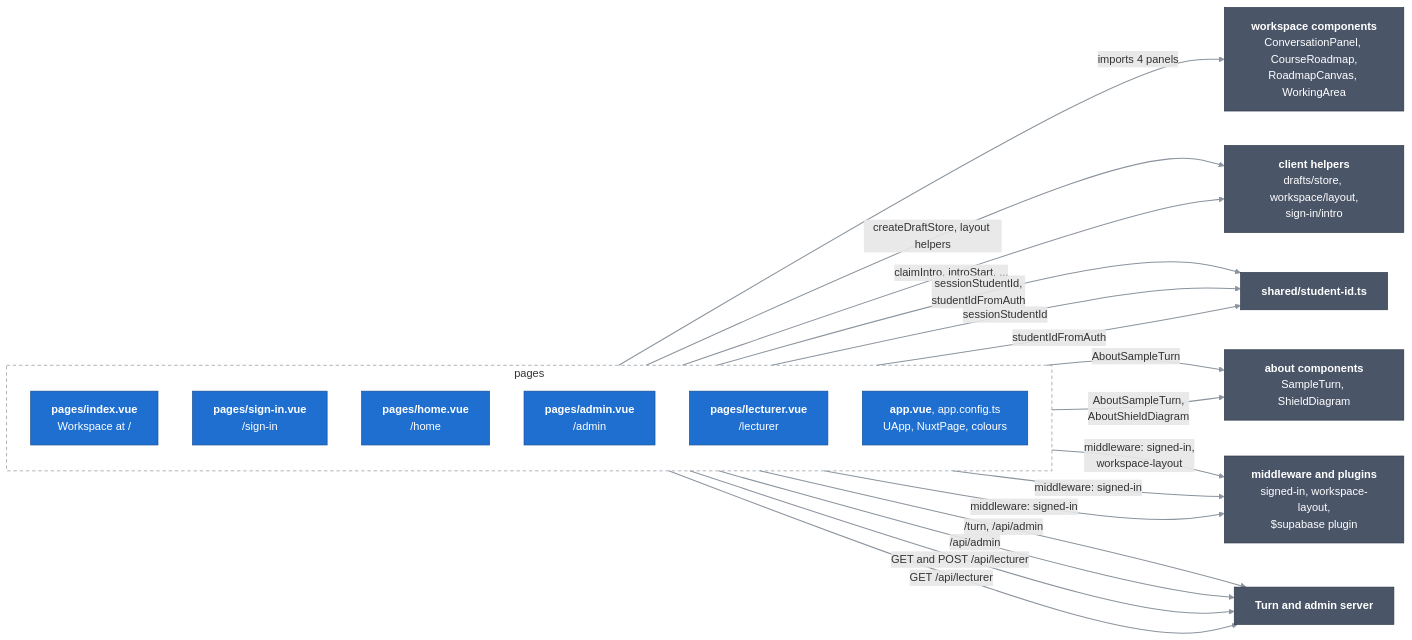
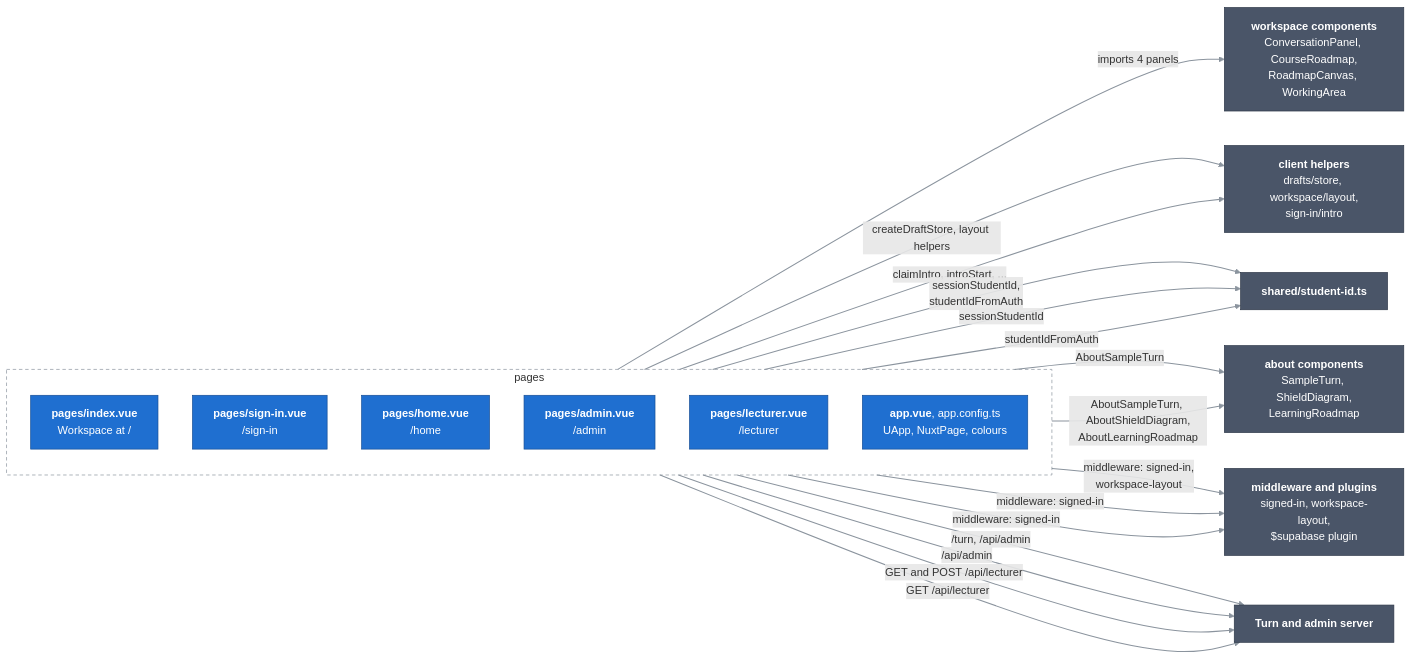
One commit to Bill2926/COS40005_HN9_Verifiable_Co-Learner_Agent changed the diagram in docs/c4/03-components/web-app/01-pages.md. Above: the diagram before and after it, drawn with Mermaid. The commit also changed other lines of this file and 4 other files, not shown here.

First line of the commit message:
Show a general learning roadmap on the Home page

````diff
--- a/docs/c4/03-components/web-app/01-pages.md
+++ b/docs/c4/03-components/web-app/01-pages.md
@@ -10,41 +10,41 @@
 ```mermaid
 flowchart LR
   classDef comp fill:#1f6fd0,stroke:#164f96,color:#ffffff
   classDef near fill:#4a5568,stroke:#2d3748,color:#ffffff
   linkStyle default stroke:#8b949e,stroke-width:1.5px
 
   subgraph pages["pages"]
     direction TB
     index["<b>pages/index.vue</b><br/>Workspace at /"]:::comp
     signin["<b>pages/sign-in.vue</b><br/>/sign-in"]:::comp
     home["<b>pages/home.vue</b><br/>/home"]:::comp
     admin["<b>pages/admin.vue</b><br/>/admin"]:::comp
     lecturer["<b>pages/lecturer.vue</b><br/>/lecturer"]:::comp
     shell["<b>app.vue</b>, app.config.ts<br/>UApp, NuxtPage, colours"]:::comp
   end
 
   panels["<b>workspace components</b><br/>ConversationPanel, CourseRoadmap,<br/>RoadmapCanvas, WorkingArea"]:::near
   helpers["<b>client helpers</b><br/>drafts/store, workspace/layout,<br/>sign-in/intro"]:::near
   studentId["<b>shared/student-id.ts</b>"]:::near
-  aboutParts["<b>about components</b><br/>SampleTurn, ShieldDiagram"]:::near
+  aboutParts["<b>about components</b><br/>SampleTurn, ShieldDiagram,<br/>LearningRoadmap"]:::near
   mw["<b>middleware and plugins</b><br/>signed-in, workspace-layout,<br/>$supabase plugin"]:::near
   server["<b>Turn and admin server</b>"]:::near
 
   index -->|"imports 4 panels"| panels
   index -->|"createDraftStore, layout helpers"| helpers
   signin -->|"claimIntro, introStart, ..."| helpers
   index -->|"sessionStudentId,<br/>studentIdFromAuth"| studentId
   signin -->|"sessionStudentId"| studentId
   home -->|"studentIdFromAuth"| studentId
   signin ==>|"AboutSampleTurn"| aboutParts
-  home ==>|"AboutSampleTurn,<br/>AboutShieldDiagram"| aboutParts
+  home ==>|"AboutSampleTurn, AboutShieldDiagram,<br/>AboutLearningRoadmap"| aboutParts
   index ==>|"middleware: signed-in,<br/>workspace-layout"| mw
   admin ==>|"middleware: signed-in"| mw
   index ==>|"/turn, /api/admin"| server
   admin ==>|"/api/admin"| server
   lecturer ==>|"middleware: signed-in"| mw
   lecturer ==>|"GET and POST /api/lecturer"| server
   signin ==>|"GET /api/lecturer"| server
 
   style pages fill:none,stroke:#8b949e,stroke-dasharray:5 4
 ```
````
